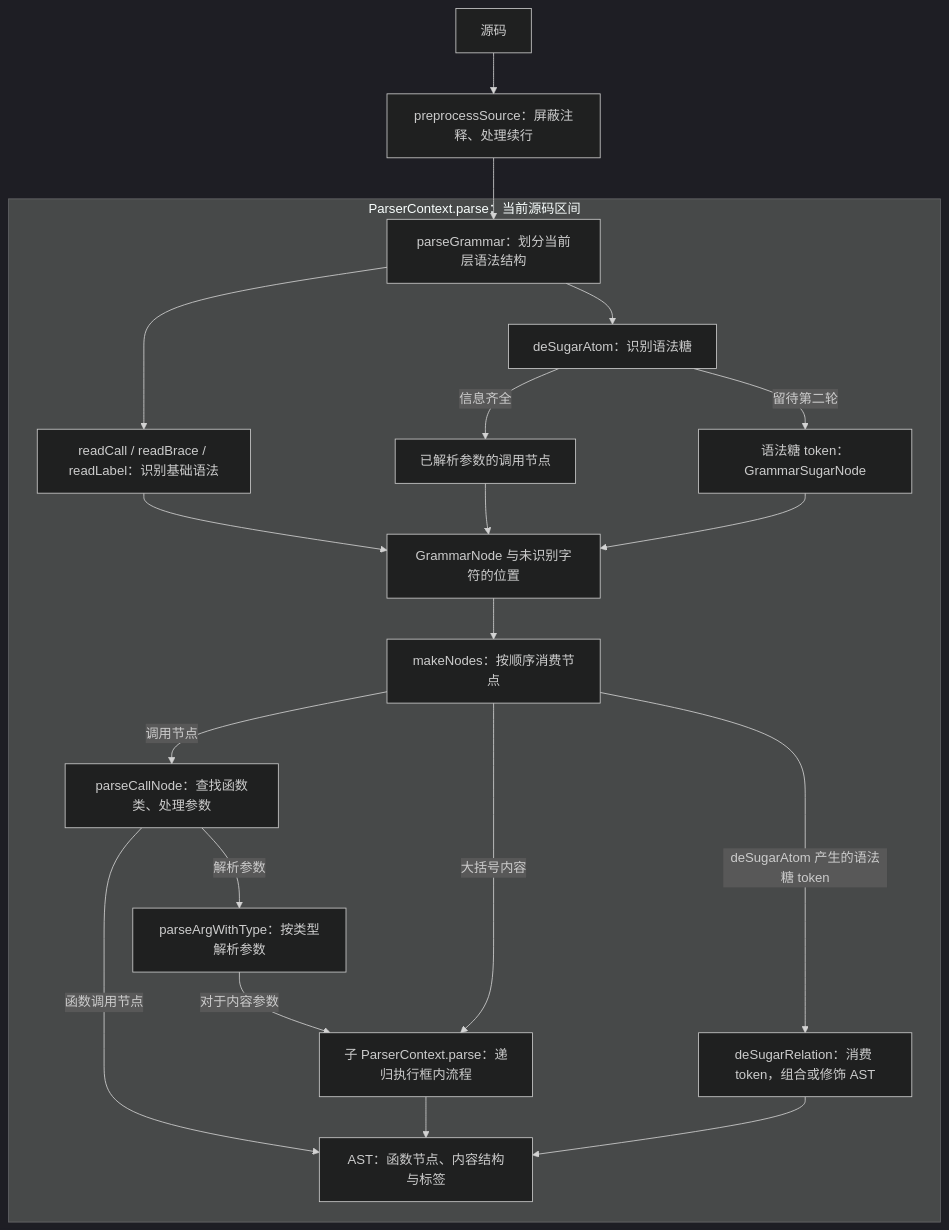
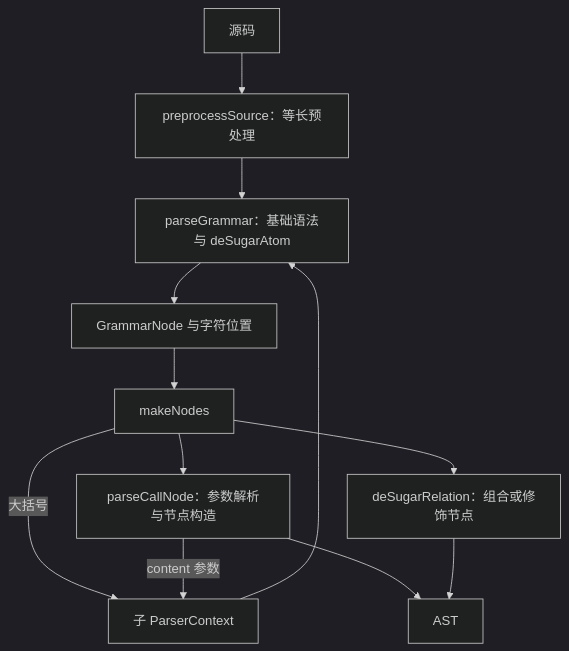
One commit to madderscientist/jpFun changed the diagram in apps/docs/src/content/docs/docs/developer/parser.md. Above: the diagram before and after it, drawn with Mermaid (dark theme). The commit also changed other lines of this file and 11 other files, not shown here.

````diff
--- a/apps/docs/src/content/docs/docs/developer/parser.md
+++ b/apps/docs/src/content/docs/docs/developer/parser.md
@@ -13,24 +14,14 @@
 ```mermaid
 flowchart TB
-  Source["源码"] --> Preprocess["preprocessSource：屏蔽注释、处理续行"]
-  Preprocess --> Grammar
-  subgraph ParseScope["ParserContext.parse：当前源码区间"]
-    Grammar["parseGrammar：划分当前层语法结构"]
-    Grammar --> Readers["readCall / readBrace / readLabel：识别基础语法"]
-    Grammar --> Atom["deSugarAtom：识别语法糖"]
-    Readers --> Nodes["GrammarNode 与未识别字符的位置"]
-    Atom -->|信息齐全| Typed["已解析参数的调用节点"]
-    Atom -->|留待第二轮| Sugar["语法糖 token：GrammarSugarNode"]
-    Typed --> Nodes
-    Sugar --> Nodes
-    Nodes --> Make["makeNodes：按顺序消费节点"]
-    Make -->|调用节点| Call["parseCallNode：查找函数类、处理参数"]
-    Call -->|解析参数| Args["parseArgWithType：按类型解析参数"]
-    Args -->|对于内容参数| Child["子 ParserContext.parse：递归执行框内流程"]
-    Make -->|大括号内容| Child
-    Make -->|deSugarAtom 产生的语法糖 token| Relation["deSugarRelation：消费 token，组合或修饰 AST"]
-    Call -->|函数调用节点| AST["AST：函数节点、内容结构与标签"]
-    Child --> AST
-    Relation --> AST
-  end
+  Source["源码"] --> Preprocess["preprocessSource：等长预处理"]
+  Preprocess --> Grammar["parseGrammar：基础语法与 deSugarAtom"]
+  Grammar --> Nodes["GrammarNode 与字符位置"]
+  Nodes --> Make["makeNodes"]
+  Make --> Call["parseCallNode：参数解析与节点构造"]
+  Make --> Relation["deSugarRelation：组合或修饰节点"]
+  Make -->|大括号| Child["子 ParserContext"]
+  Call -->|content 参数| Child
+  Child --> Grammar
+  Call --> AST["AST"]
+  Relation --> AST
 ```
````
